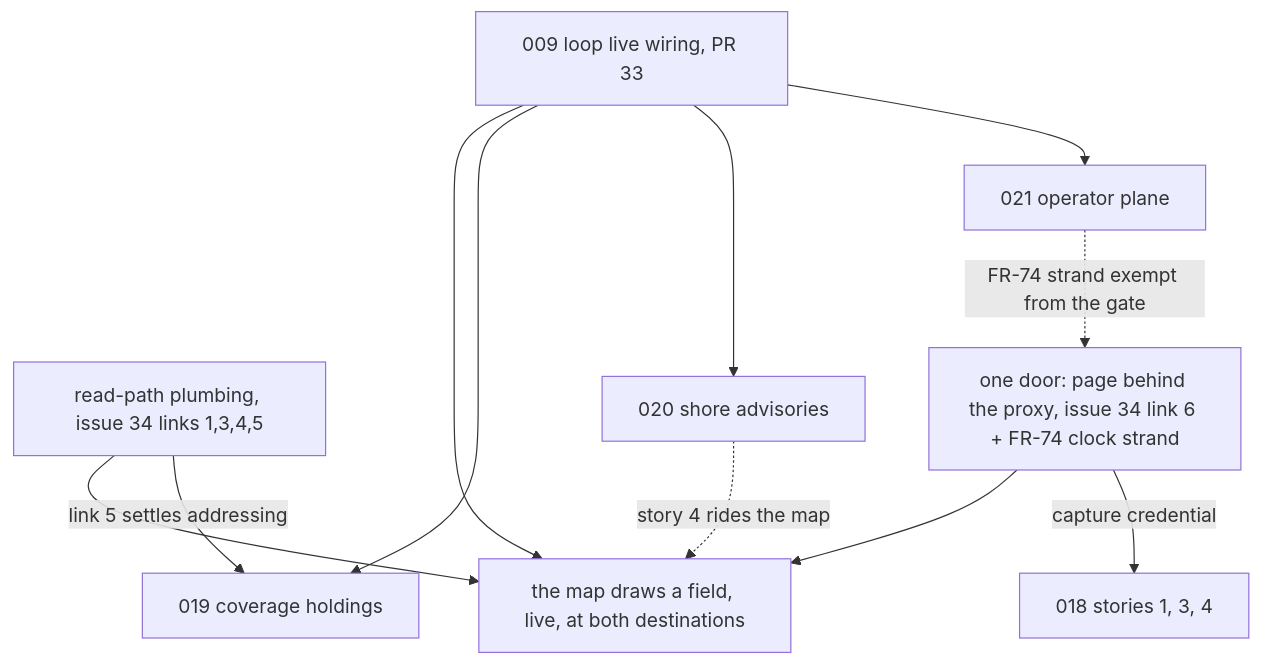
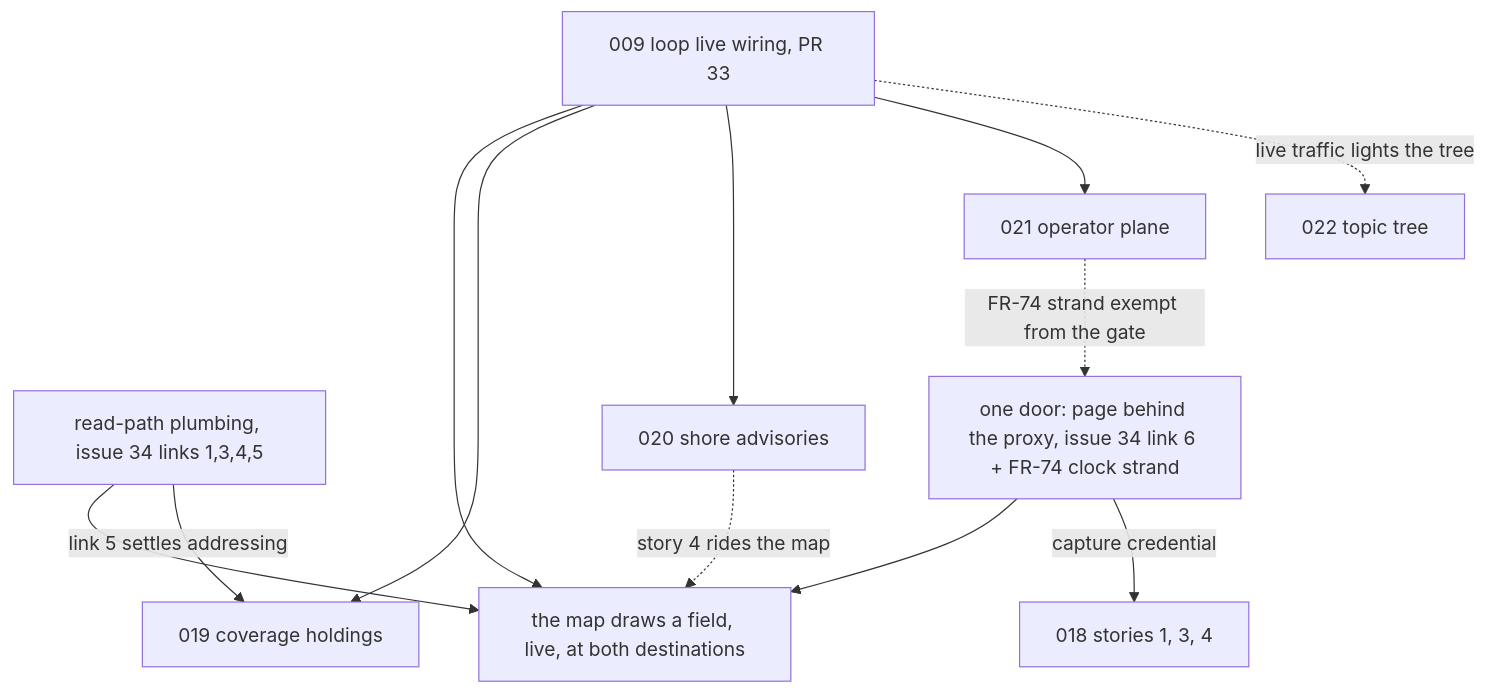
Before and after one commit to DeepBlueCLtd/drogna: the diagram in docs/architecture/delivery-plan.md, drawn with Mermaid. The commit also changed other lines of this file and 1 other file, not shown here.

First line of the commit message:
Wave 6 closes on an observation, wave 7 gains the topic tree, wave 8 is one act away

````diff
--- a/docs/architecture/delivery-plan.md
+++ b/docs/architecture/delivery-plan.md
@@ -96,22 +100,24 @@
 ```mermaid
 graph TD
   F009[009 loop live wiring, PR 33]
   P34[read-path plumbing, issue 34 links 1,3,4,5]
   DOOR[one door: page behind the proxy, issue 34 link 6 + FR-74 clock strand]
   F018c[018 stories 1, 3, 4]
+  F022[022 topic tree]
   F019[019 coverage holdings]
   F020[020 shore advisories]
   F021[021 operator plane]
   FIELD[the map draws a field, live, at both destinations]
 
   F009 --> FIELD
   P34 --> FIELD
   DOOR --> FIELD
   F009 --> F019
   F009 --> F020
   F009 --> F021
   P34 -->|link 5 settles addressing| F019
   DOOR -->|capture credential| F018c
   F020 -.story 4 rides the map.-> FIELD
   F021 -.FR-74 strand exempt from the gate.-> DOOR
+  F009 -.live traffic lights the tree.-> F022
 ```
````
